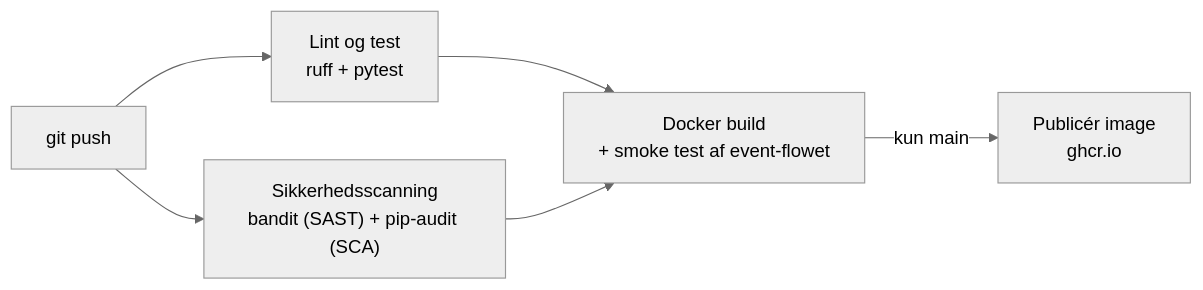
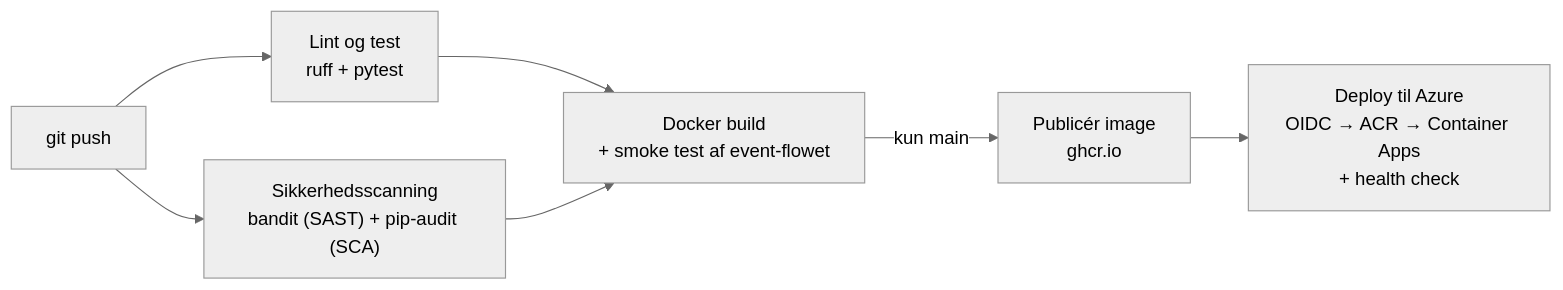
Before and after one commit to afcollin/iot-predictive-maintenance: the third of 4 diagrams in README.md, drawn with Mermaid (neutral theme). The commit also changed other lines of this file and 4 other files, not shown here.

First line of the commit message:
Deploy til Azure Container Apps med Bicep og OIDC (#4)

````diff
--- a/README.md
+++ b/README.md
@@ -145,8 +145,9 @@
 ```mermaid
 flowchart LR
     P[git push] --> T["Lint og test<br/>ruff + pytest"]
     P --> SEC["Sikkerhedsscanning<br/>bandit (SAST) + pip-audit (SCA)"]
     T --> B["Docker build<br/>+ smoke test af event-flowet"]
     SEC --> B
     B -- "kun main" --> G["Publicér image<br/>ghcr.io"]
+    G --> D["Deploy til Azure<br/>OIDC → ACR → Container Apps<br/>+ health check"]
 ```
````
